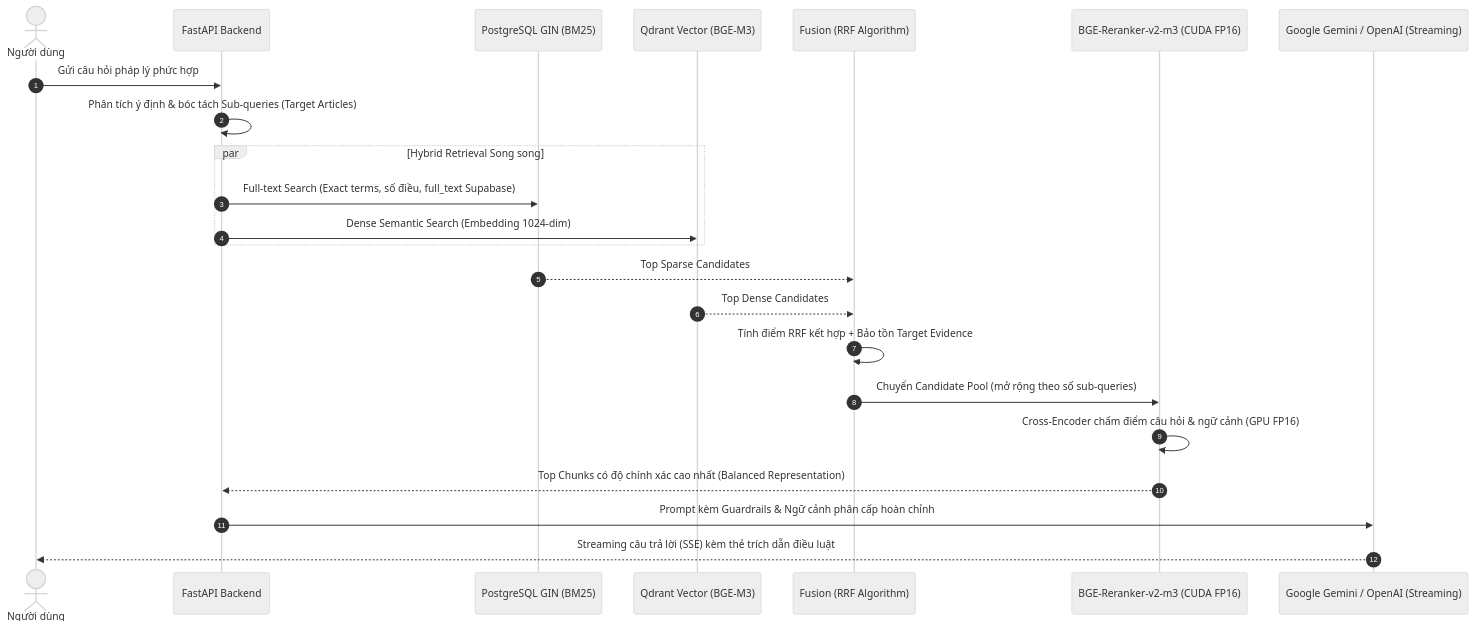
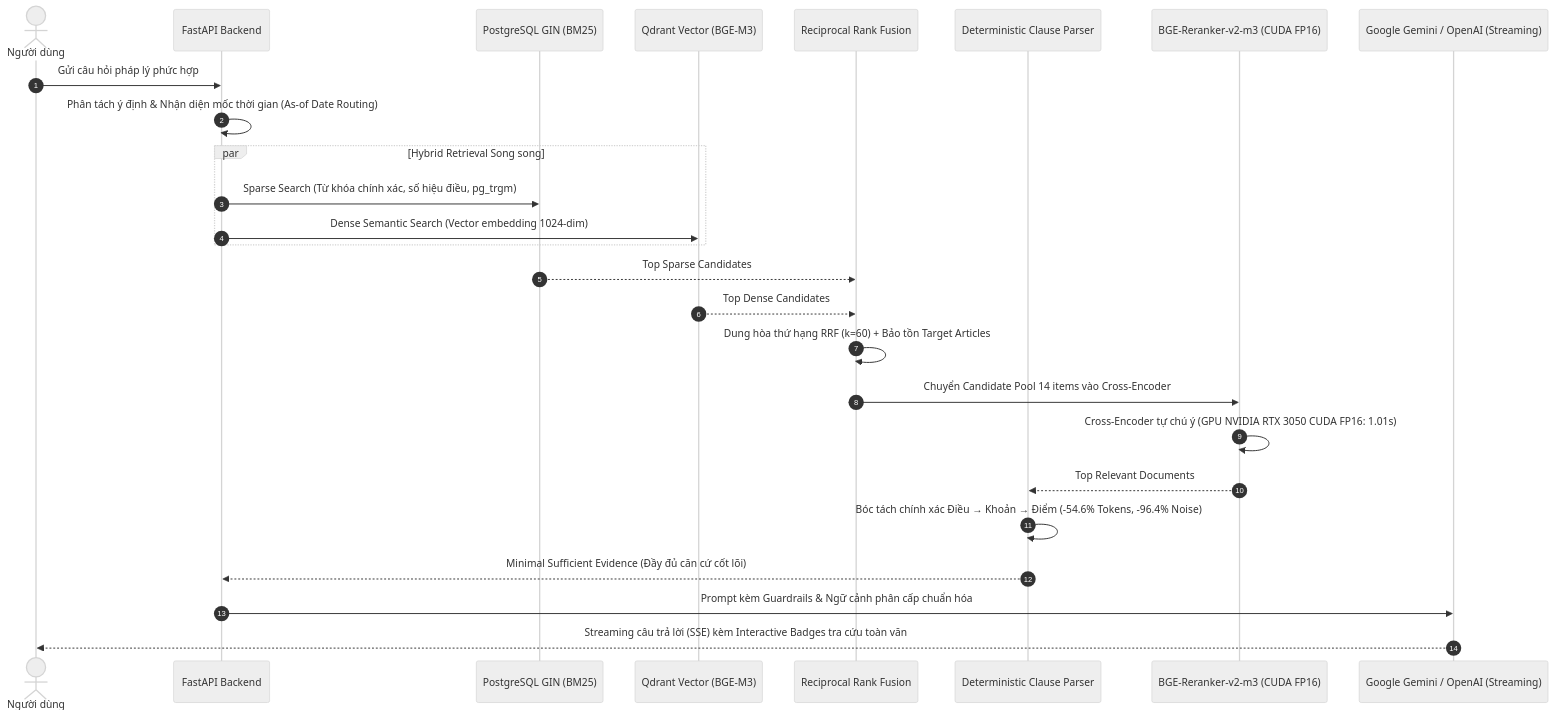
Before and after one commit to minhvuongle2004/vietlegalAI: the second of 2 diagrams in README.md, drawn with Mermaid (neutral theme). The commit also changed other lines of this file and 30 other files, not shown here.

````diff
--- a/README.md
+++ b/README.md
@@ -138,26 +65,29 @@
 ```mermaid
 sequenceDiagram
     autonumber
     actor User as Người dùng
     participant API as FastAPI Backend
     participant BM25 as PostgreSQL GIN (BM25)
     participant Dense as Qdrant Vector (BGE-M3)
-    participant RRF as Fusion (RRF Algorithm)
+    participant RRF as Reciprocal Rank Fusion
+    participant Extractor as Deterministic Clause Parser
     participant Rerank as BGE-Reranker-v2-m3 (CUDA FP16)
     participant LLM as Google Gemini / OpenAI (Streaming)
 
     User->>API: Gửi câu hỏi pháp lý phức hợp
-    API->>API: Phân tích ý định & bóc tách Sub-queries (Target Articles)
+    API->>API: Phân tách ý định & Nhận diện mốc thời gian (As-of Date Routing)
     par Hybrid Retrieval Song song
-        API->>BM25: Full-text Search (Exact terms, số điều, full_text Supabase)
-        API->>Dense: Dense Semantic Search (Embedding 1024-dim)
+        API->>BM25: Sparse Search (Từ khóa chính xác, số hiệu điều, pg_trgm)
+        API->>Dense: Dense Semantic Search (Vector embedding 1024-dim)
     end
     BM25-->>RRF: Top Sparse Candidates
     Dense-->>RRF: Top Dense Candidates
-    RRF->>RRF: Tính điểm RRF kết hợp + Bảo tồn Target Evidence
-    RRF->>Rerank: Chuyển Candidate Pool (mở rộng theo số sub-queries)
-    Rerank->>Rerank: Cross-Encoder chấm điểm câu hỏi & ngữ cảnh (GPU FP16)
-    Rerank-->>API: Top Chunks có độ chính xác cao nhất (Balanced Representation)
-    API->>LLM: Prompt kèm Guardrails & Ngữ cảnh phân cấp hoàn chỉnh
-    LLM-->>User: Streaming câu trả lời (SSE) kèm thẻ trích dẫn điều luật
+    RRF->>RRF: Dung hòa thứ hạng RRF (k=60) + Bảo tồn Target Articles
+    RRF->>Rerank: Chuyển Candidate Pool 14 items vào Cross-Encoder
+    Rerank->>Rerank: Cross-Encoder tự chú ý (GPU NVIDIA RTX 3050 CUDA FP16: 1.01s)
+    Rerank-->>Extractor: Top Relevant Documents
+    Extractor->>Extractor: Bóc tách chính xác Điều → Khoản → Điểm (-54.6% Tokens, -96.4% Noise)
+    Extractor-->>API: Minimal Sufficient Evidence (Đầy đủ căn cứ cốt lõi)
+    API->>LLM: Prompt kèm Guardrails & Ngữ cảnh phân cấp chuẩn hóa
+    LLM-->>User: Streaming câu trả lời (SSE) kèm Interactive Badges tra cứu toàn văn
 ```
````
